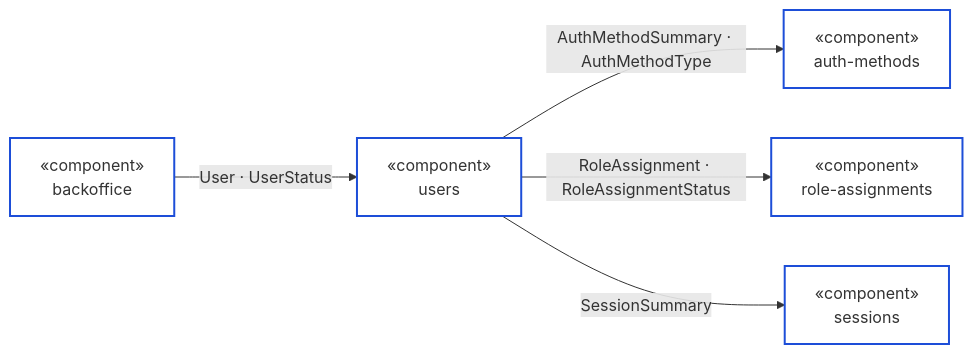
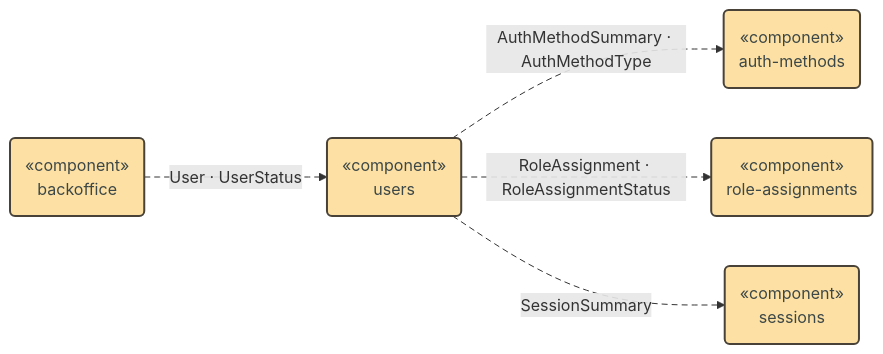
One commit to pcarroza91/nest-template changed the eighth of 19 diagrams in docs/architecture.md. Above: the diagram before and after it, drawn with Mermaid. The commit also changed other lines of this file and 2 other files, not shown here.

First line of the commit message:
docs(architecture): aplica el estilo pastel por rol a los diagramas Mermaid

````diff
--- a/docs/architecture.md
+++ b/docs/architecture.md
@@ -336,16 +317,17 @@
 ```mermaid
 flowchart LR
-    USERS["«component»<br/>users"]
-    BO["«component»<br/>backoffice"]
-    AM["«component»<br/>auth-methods"]
-    RA["«component»<br/>role-assignments"]
-    SE["«component»<br/>sessions"]
+    USERS("«component»<br/>users")
+    BO("«component»<br/>backoffice")
+    AM("«component»<br/>auth-methods")
+    RA("«component»<br/>role-assignments")
+    SE("«component»<br/>sessions")
 
     USERS -- "AuthMethodSummary · AuthMethodType" --> AM
     USERS -- "RoleAssignment · RoleAssignmentStatus" --> RA
     USERS -- "SessionSummary" --> SE
     BO -- "User · UserStatus" --> USERS
 
-    classDef page fill:transparent,stroke:#1d4ed8,stroke-width:2px
-    class USERS,BO,AM,RA,SE page
+    classDef domain fill:#fde0a3,stroke:#494238,stroke-width:2px,color:#3c4747
+    class USERS,BO,AM,RA,SE domain
+    linkStyle default stroke-dasharray:6 4
 ```
````
